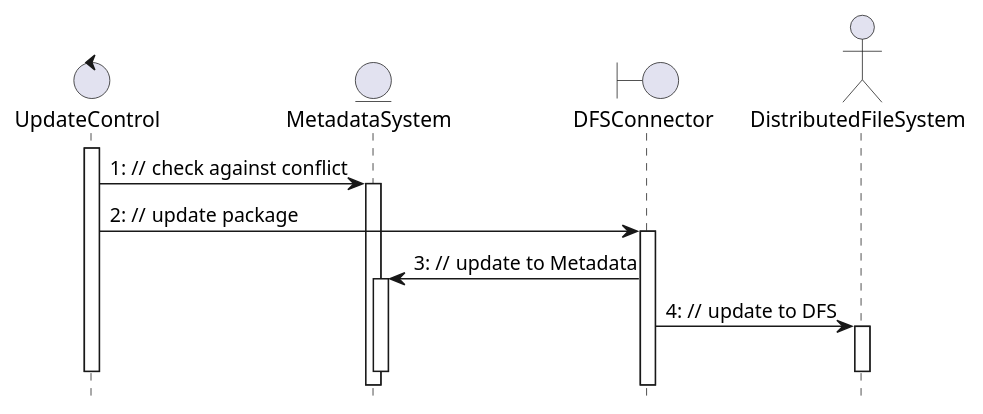
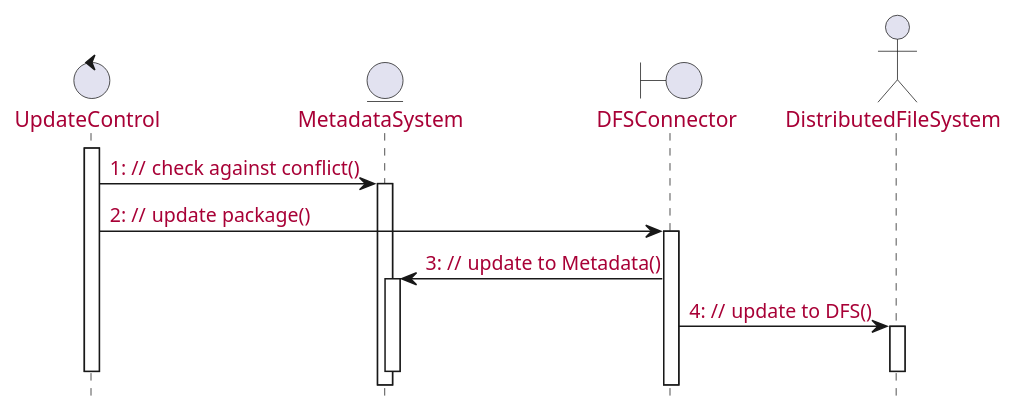
One commit to McSinyx/ipppi changed the fifth of 6 diagrams in source/solution/use-case-analysis.rst. Above: the diagram before and after it, drawn with PlantUML. The commit also changed other lines of this file and 1 other file, not shown here.

```diff
--- a/source/solution/use-case-analysis.rst
+++ b/source/solution/use-case-analysis.rst
@@ -134,19 +140,20 @@
 .. uml::
 
+   skinparam defaultFontColor #a80036
    autonumber "#: //"
    autoactivate on
    hide footbox
 
-   control UpdateControl    
-   entity MetadataSystem 
+   control UpdateControl
+   entity MetadataSystem
    boundary DFSConnector
    actor DistributedFileSystem
-   
+
    activate UpdateControl
-   UpdateControl -> MetadataSystem : check against conflict
-   UpdateControl -> DFSConnector : update package
-   DFSConnector -> MetadataSystem : update to Metadata 
-   DFSConnector -> DistributedFileSystem : update to DFS
+   UpdateControl -> MetadataSystem : check against conflict()
+   UpdateControl -> DFSConnector : update package()
+   DFSConnector -> MetadataSystem : update to Metadata()
+   DFSConnector -> DistributedFileSystem : update to DFS()
    deactivate MetadataSystem
    deactivate UpdateControl
    deactivate DistributedFileSystem
```
